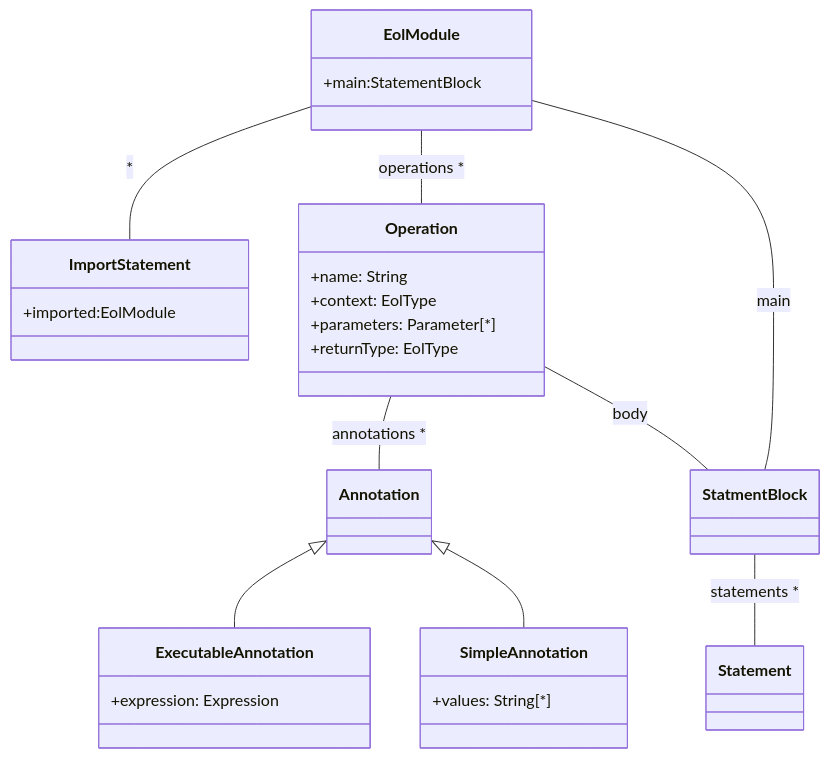
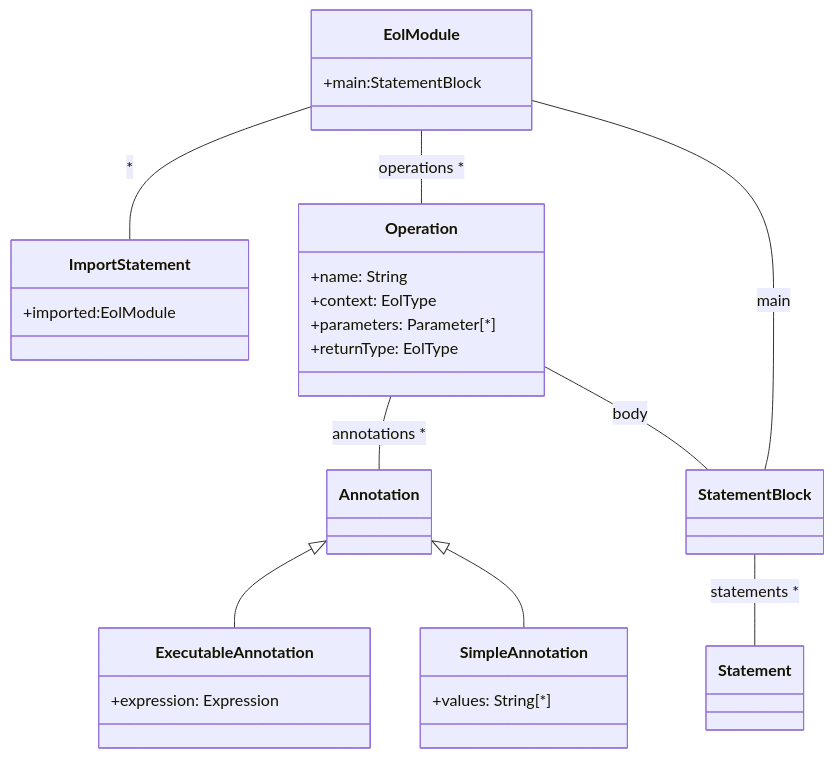
The first of 2 diagrams in n/mkdocs/docs/doc/eol.md (eclipse/epsilon-website), drawn with Mermaid before and after one commit. The commit also changed other lines of this file and 9 other files, not shown here.

Commit message:
Fixed diagram sizes

````diff
--- a/n/mkdocs/docs/doc/eol.md
+++ b/n/mkdocs/docs/doc/eol.md
@@ -24,29 +30,29 @@
 ```mermaid
 classDiagram
 class EolModule {
   +main:StatementBlock
 }
 class ImportStatement {
   +imported:EolModule
 }
 class Operation {
   +name: String
   +context: EolType
   +parameters: Parameter[*]
   +returnType: EolType
 }
 class ExecutableAnnotation {
 	+expression: Expression
 }
 class SimpleAnnotation {
 	+values: String[*]
 }
 EolModule -- ImportStatement: *
 EolModule -- Operation: operations *
 Operation -- Annotation: annotations *
-Operation -- StatmentBlock: body
-EolModule -- StatmentBlock: main
-StatmentBlock -- Statement: statements *
+Operation -- StatementBlock: body
+EolModule -- StatementBlock: main
+StatementBlock -- Statement: statements *
 Annotation <|-- ExecutableAnnotation
 Annotation <|-- SimpleAnnotation
 ```
````
